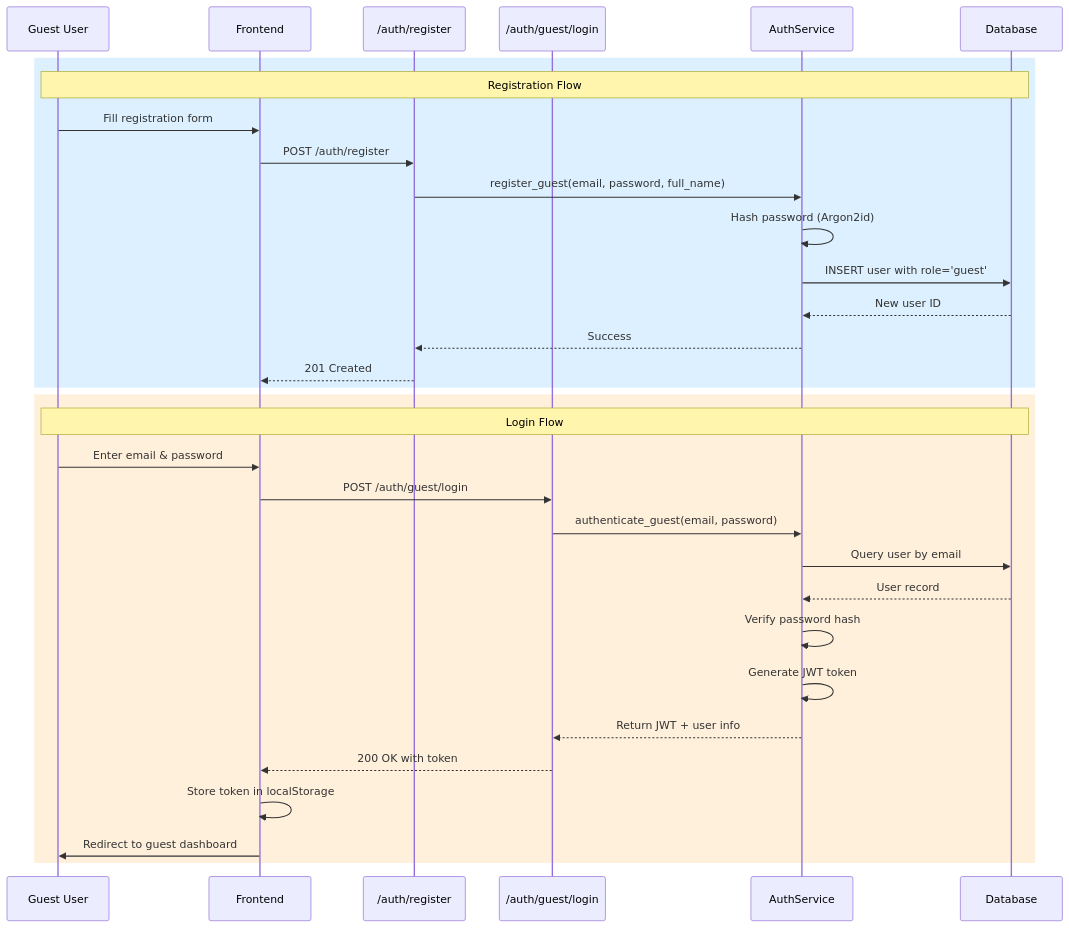
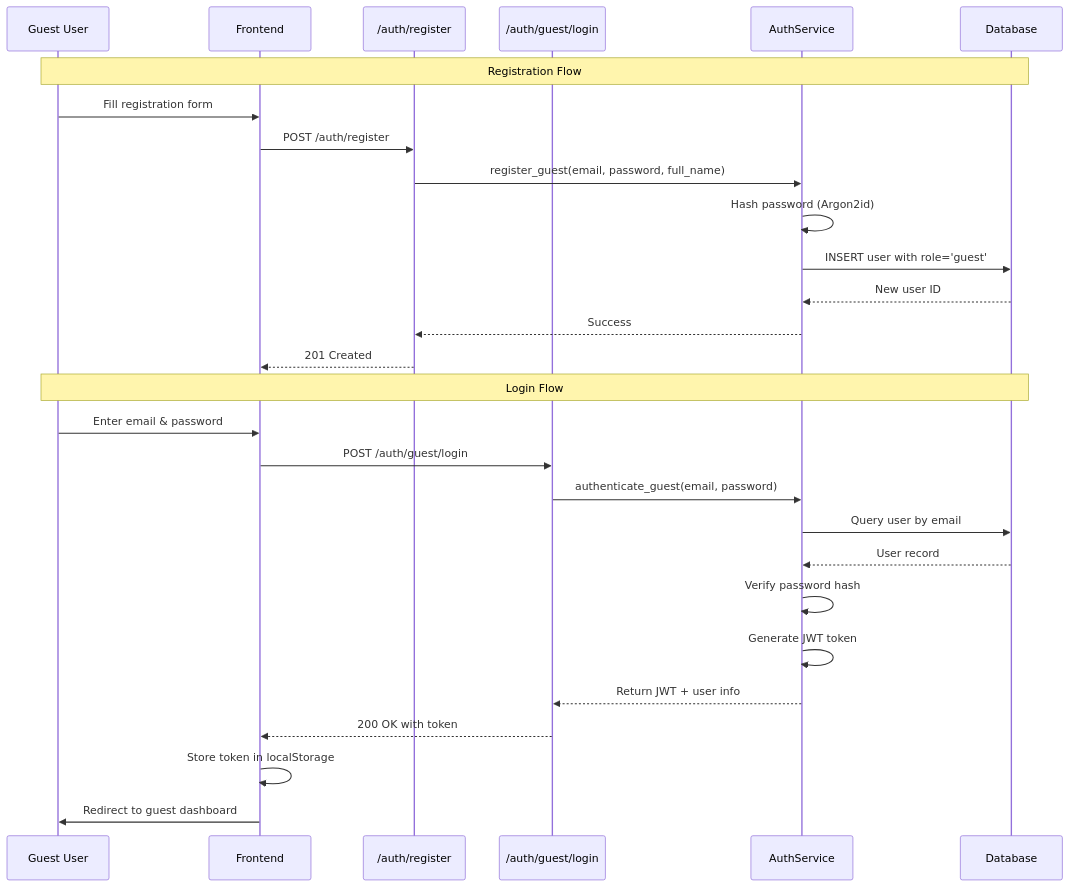
Before and after one commit to baohuyhuy/pupinn: the third of 16 diagrams in data-flow.md, drawn with Mermaid. The commit also changed other lines of this file, not shown here.

Commit message:
Refactor sequence diagrams for clarity

````diff
--- a/data-flow.md
+++ b/data-flow.md
@@ -83,36 +83,32 @@
 ```mermaid
 sequenceDiagram
     participant U as Guest User
     participant F as Frontend
     participant Reg as /auth/register
     participant Login as /auth/guest/login
     participant AS as AuthService
     participant DB as Database
     
-    rect rgb(220, 240, 255)
-        Note over U,DB: Registration Flow
-        U->>F: Fill registration form
-        F->>Reg: POST /auth/register
-        Reg->>AS: register_guest(email, password, full_name)
-        AS->>AS: Hash password (Argon2id)
-        AS->>DB: INSERT user with role='guest'
-        DB-->>AS: New user ID
-        AS-->>Reg: Success
-        Reg-->>F: 201 Created
-    end
+    Note over U,DB: Registration Flow
+    U->>F: Fill registration form
+    F->>Reg: POST /auth/register
+    Reg->>AS: register_guest(email, password, full_name)
+    AS->>AS: Hash password (Argon2id)
+    AS->>DB: INSERT user with role='guest'
+    DB-->>AS: New user ID
+    AS-->>Reg: Success
+    Reg-->>F: 201 Created
     
-    rect rgb(255, 240, 220)
-        Note over U,DB: Login Flow
-        U->>F: Enter email & password
-        F->>Login: POST /auth/guest/login
-        Login->>AS: authenticate_guest(email, password)
-        AS->>DB: Query user by email
-        DB-->>AS: User record
-        AS->>AS: Verify password hash
-        AS->>AS: Generate JWT token
-        AS-->>Login: Return JWT + user info
-        Login-->>F: 200 OK with token
-        F->>F: Store token in localStorage
-        F->>U: Redirect to guest dashboard
-    end
+    Note over U,DB: Login Flow
+    U->>F: Enter email & password
+    F->>Login: POST /auth/guest/login
+    Login->>AS: authenticate_guest(email, password)
+    AS->>DB: Query user by email
+    DB-->>AS: User record
+    AS->>AS: Verify password hash
+    AS->>AS: Generate JWT token
+    AS-->>Login: Return JWT + user info
+    Login-->>F: 200 OK with token
+    F->>F: Store token in localStorage
+    F->>U: Redirect to guest dashboard
 ```
````
